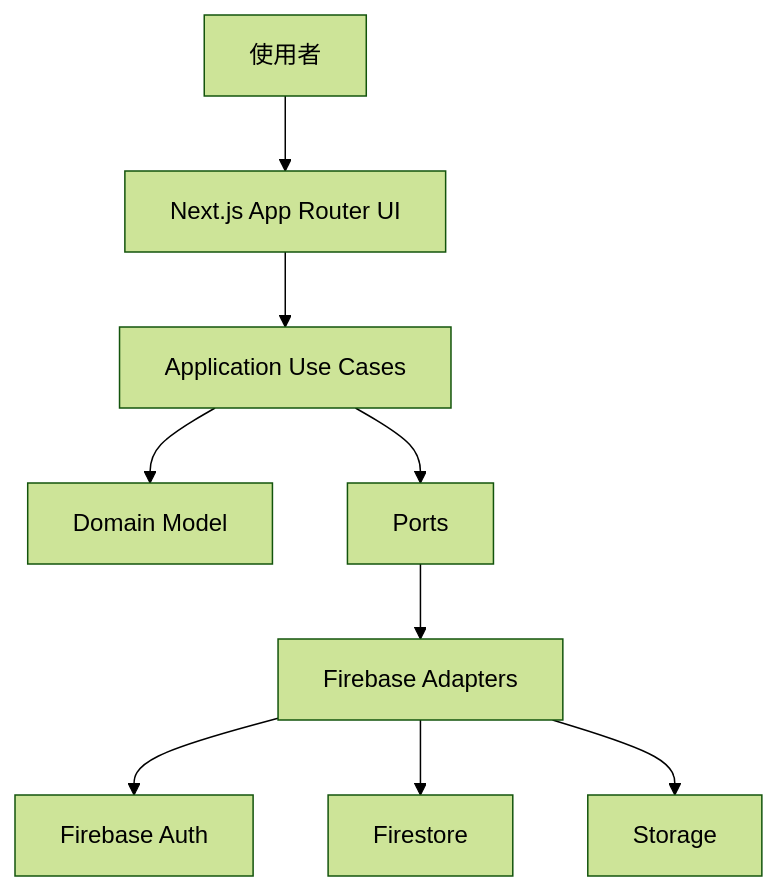
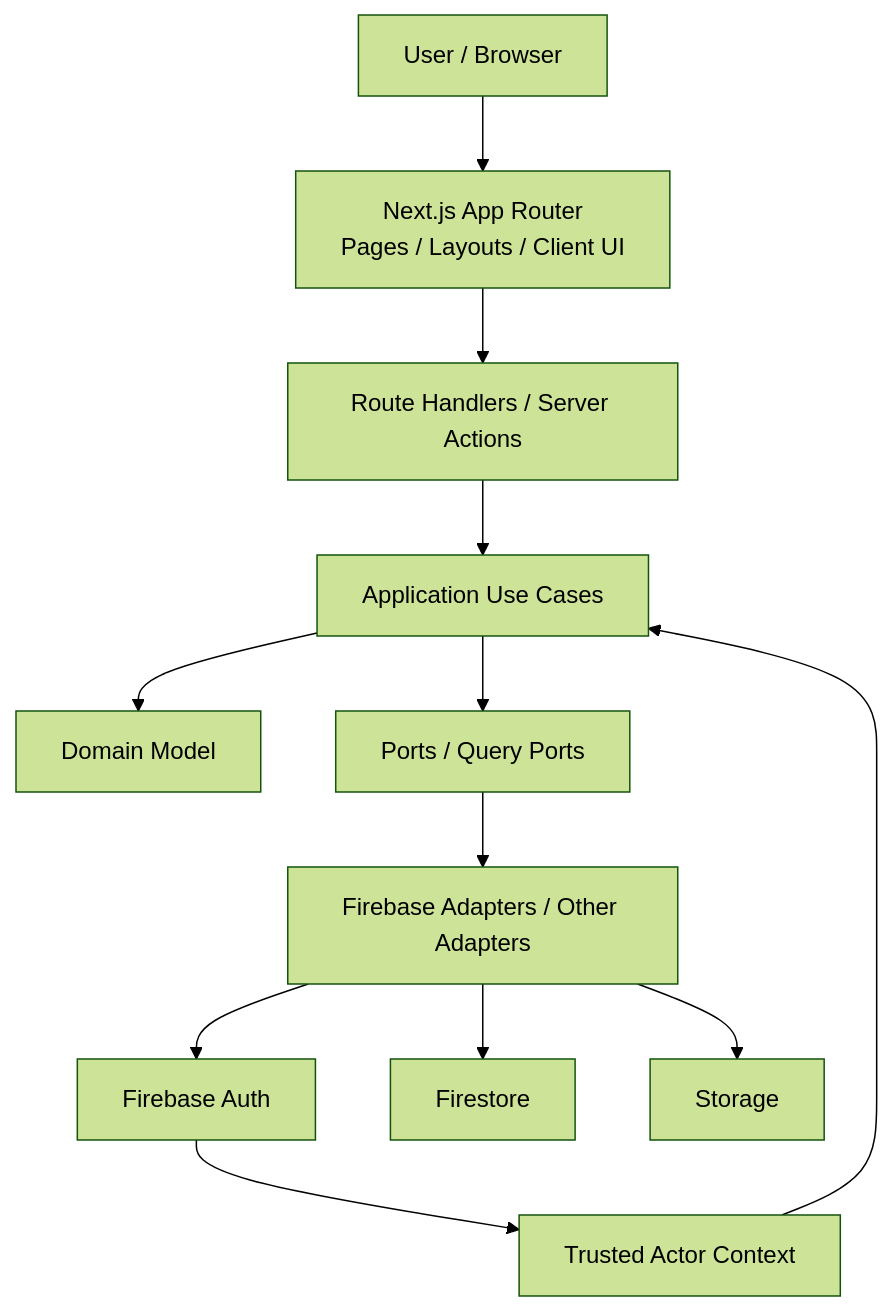
The diagram in docs/01-architecture/overview.md (369sup/worksync-hr), drawn with Mermaid (forest theme) before and after one commit. The commit also changed other lines of this file and 36 other files, not shown here.

````diff
--- a/docs/01-architecture/overview.md
+++ b/docs/01-architecture/overview.md
@@ -7,11 +7,15 @@
 ```mermaid
 flowchart TD
-  U[使用者] --> UI[Next.js App Router UI]
-  UI --> APP[Application Use Cases]
-  APP --> DOM[Domain Model]
-  APP --> PORTS[Ports]
-  PORTS --> FIRE[Firebase Adapters]
-  FIRE --> AUTH[Firebase Auth]
-  FIRE --> FS[Firestore]
-  FIRE --> ST[Storage]
+  USER[User / Browser] --> UI[Next.js App Router
+Pages / Layouts / Client UI]
+  UI --> INBOUND[Route Handlers / Server Actions]
+  INBOUND --> APP[Application Use Cases]
+  APP --> DOMAIN[Domain Model]
+  APP --> PORTS[Ports / Query Ports]
+  PORTS --> ADP[Firebase Adapters / Other Adapters]
+  ADP --> AUTH[Firebase Auth]
+  ADP --> FS[Firestore]
+  ADP --> ST[Storage]
+  AUTH --> ACTOR[Trusted Actor Context]
+  ACTOR --> APP
 ```
````
